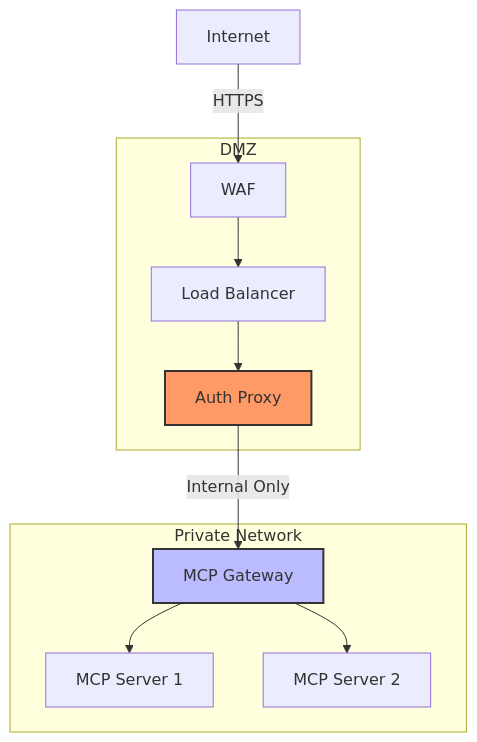
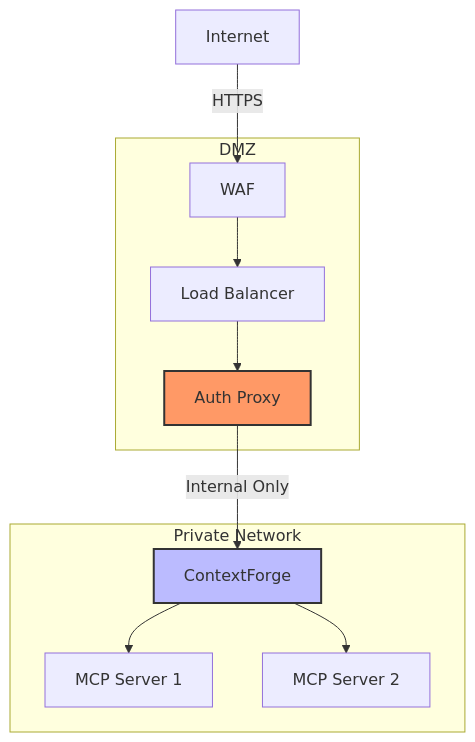
Before and after one commit to tedhabeck/mcp-context-forge: the eighth of 10 diagrams in docs/docs/manage/proxy.md, drawn with Mermaid. The commit also changed other lines of this file and 583 other files, not shown here.

First line of the commit message:
docs: rebrand to ContextForge AI Gateway (#3091)

````diff
--- a/docs/docs/manage/proxy.md
+++ b/docs/docs/manage/proxy.md
@@ -474,18 +474,18 @@
 ```mermaid
 graph TB
     subgraph "DMZ"
         WAF[WAF] --> LB[Load Balancer]
         LB --> Proxy[Auth Proxy]
     end
 
     subgraph "Private Network"
-        Proxy -->|Internal Only| Gateway[MCP Gateway]
+        Proxy -->|Internal Only| Gateway[ContextForge]
         Gateway --> MCP1[MCP Server 1]
         Gateway --> MCP2[MCP Server 2]
     end
 
     Internet[Internet] -->|HTTPS| WAF
 
     style Proxy fill:#f96,stroke:#333,stroke-width:2px
     style Gateway fill:#bbf,stroke:#333,stroke-width:2px
 ```
````
